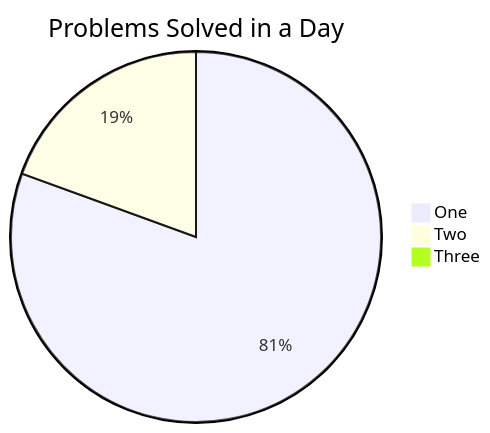
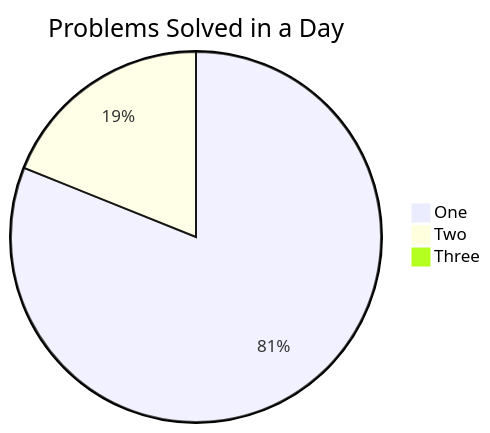
One commit to Jasjeet-Singh-S/100-days-DSA changed the second of 2 diagrams in readme.md. Above: the diagram before and after it, drawn with Mermaid. The commit also changed other lines of this file and 2 other files, not shown here.

````diff
--- a/readme.md
+++ b/readme.md
@@ -25,6 +25,6 @@
 ```mermaid
 pie title Problems Solved in a Day
-    "One" : 29
+    "One" : 30
     "Two" : 7
     "Three" : 0
 ```
````
